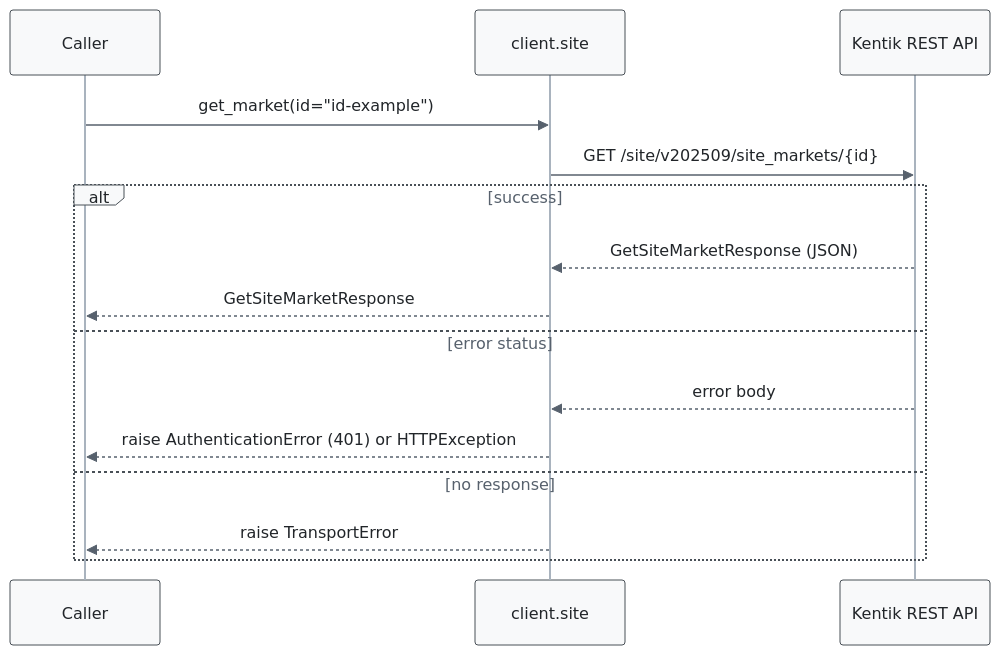
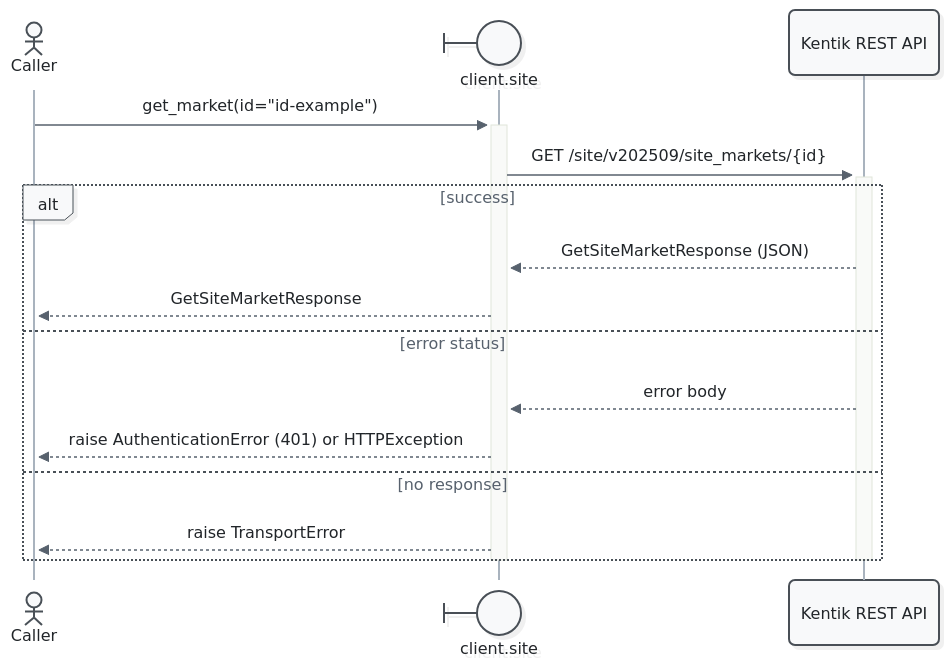
One commit to alexdearaujo/community_sdk_python changed the fifth of 21 diagrams in docs/sphinx/services/site.md. Above: the diagram before and after it, drawn with Mermaid. The commit also changed other lines of this file and 52 other files, not shown here.

First line of the commit message:
docs: Mermaid 12 sequence diagrams with participant types and path colors

````diff
--- a/docs/sphinx/services/site.md
+++ b/docs/sphinx/services/site.md
@@ -182,19 +192,21 @@
 ```mermaid
-%%{init: {"theme": "base", "fontFamily": "ui-monospace, SFMono-Regular, Menlo, monospace", "themeVariables": {"fontFamily": "ui-monospace, SFMono-Regular, Menlo, monospace", "primaryColor": "#f8f9fa", "primaryBorderColor": "#495057", "primaryTextColor": "#212529", "textColor": "#212529", "lineColor": "#77818c", "edgeLabelBackground": "#ffffff", "actorBkg": "#f8f9fa", "actorBorder": "#495057", "actorTextColor": "#212529", "actorLineColor": "#a9b3be", "signalColor": "#57616d", "signalTextColor": "#212529", "labelBoxBkgColor": "#f8f9fa", "labelBoxBorderColor": "#495057", "labelTextColor": "#212529", "loopTextColor": "#57616d", "noteBkgColor": "#fff9db", "noteBorderColor": "#f08c00", "noteTextColor": "#a35a00"}, "flowchart": {"curve": "step", "nodeSpacing": 30, "rankSpacing": 70, "wrappingWidth": 400}}}%%
+%%{init: {"theme": "redux", "look": "neo", "layout": "dagre", "fontFamily": "ui-monospace, SFMono-Regular, Menlo, monospace", "themeVariables": {"fontFamily": "ui-monospace, SFMono-Regular, Menlo, monospace", "primaryColor": "#f8f9fa", "primaryBorderColor": "#495057", "primaryTextColor": "#212529", "textColor": "#212529", "lineColor": "#77818c", "edgeLabelBackground": "#ffffff", "actorBkg": "#f8f9fa", "actorBorder": "#495057", "actorTextColor": "#212529", "actorLineColor": "#a9b3be", "signalColor": "#57616d", "signalTextColor": "#212529", "labelBoxBkgColor": "#f8f9fa", "labelBoxBorderColor": "#495057", "labelTextColor": "#212529", "loopTextColor": "#57616d", "noteBkgColor": "#fff9db", "noteBorderColor": "#f08c00", "noteTextColor": "#a35a00"}, "sequence": {"activationWidth": 16}, "flowchart": {"curve": "step", "nodeSpacing": 30, "rankSpacing": 70, "wrappingWidth": 400}}}%%
 sequenceDiagram
-    participant C as Caller
-    participant W as client.site
+    actor C as Caller
+    participant W@{ "type": "boundary" } as client.site
     participant API as Kentik REST API
 
-    C->>W: get_market(id="id-example")
-    W->>API: GET /site/v202509/site_markets/{id}
+    C->>+W: get_market(id="id-example")
+    W->>+API: GET /site/v202509/site_markets/{id}
     alt success
         API-->>W: GetSiteMarketResponse (JSON)
         W-->>C: GetSiteMarketResponse
     else error status
         API-->>W: error body
         W-->>C: raise AuthenticationError (401) or HTTPException
     else no response
         W-->>C: raise TransportError
     end
+    deactivate API
+    deactivate W
 ```
````
